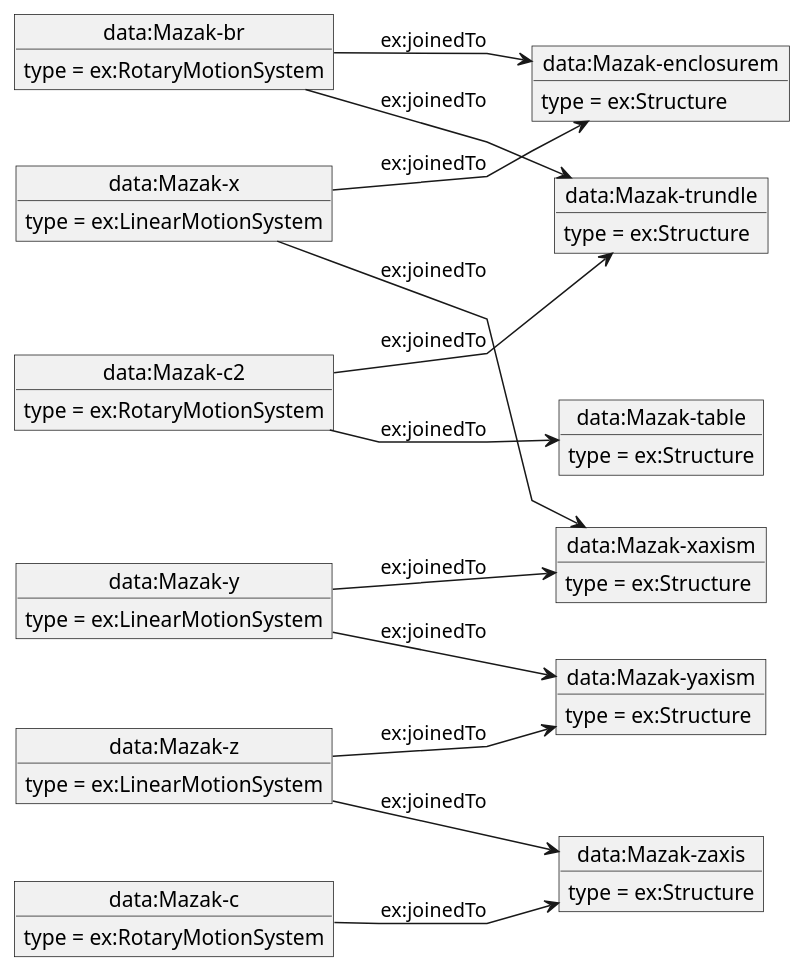
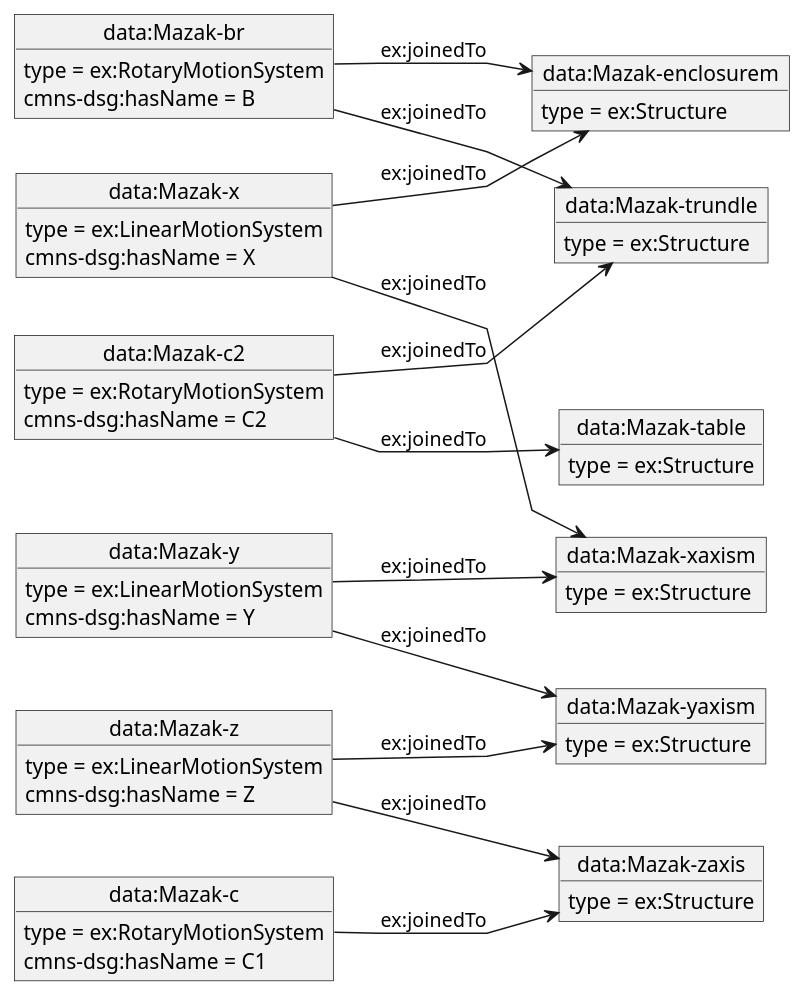
The diagram in MazakTopo.puml (iofoundry/example-syseng-mtconnect), drawn with PlantUML before and after one commit. The commit also changed 10 other files, not shown here.

```diff
--- a/MazakTopo.puml
+++ b/MazakTopo.puml
@@ -1,51 +1,57 @@
 @startuml
 skinparam linetype polyline
 left to right direction
 object "data:Mazak-x" as o1 {
  type = ex:LinearMotionSystem
  }
 object "data:Mazak-enclosurem" as o2 {
  type = ex:Structure
  }
 object "data:Mazak-xaxism" as o3 {
  type = ex:Structure
  }
 object "data:Mazak-y" as o4 {
  type = ex:LinearMotionSystem
  }
 object "data:Mazak-yaxism" as o5 {
  type = ex:Structure
  }
 object "data:Mazak-z" as o6 {
  type = ex:LinearMotionSystem
  }
 object "data:Mazak-zaxis" as o7 {
  type = ex:Structure
  }
 object "data:Mazak-c" as o8 {
  type = ex:RotaryMotionSystem
  }
 object "data:Mazak-br" as o9 {
  type = ex:RotaryMotionSystem
  }
 object "data:Mazak-trundle" as o10 {
  type = ex:Structure
  }
 object "data:Mazak-c2" as o11 {
  type = ex:RotaryMotionSystem
  }
 object "data:Mazak-table" as o12 {
  type = ex:Structure
  }
 o1 --> o2 : ex:joinedTo
+o1 : cmns-dsg:hasName = X
 o1 --> o3 : ex:joinedTo
 o4 --> o3 : ex:joinedTo
+o4 : cmns-dsg:hasName = Y
 o4 --> o5 : ex:joinedTo
 o6 --> o5 : ex:joinedTo
+o6 : cmns-dsg:hasName = Z
 o6 --> o7 : ex:joinedTo
 o8 --> o7 : ex:joinedTo
+o8 : cmns-dsg:hasName = C1
 o9 --> o2 : ex:joinedTo
+o9 : cmns-dsg:hasName = B
 o9 --> o10 : ex:joinedTo
 o11 --> o10 : ex:joinedTo
+o11 : cmns-dsg:hasName = C2
 o11 --> o12 : ex:joinedTo
 @enduml
```
